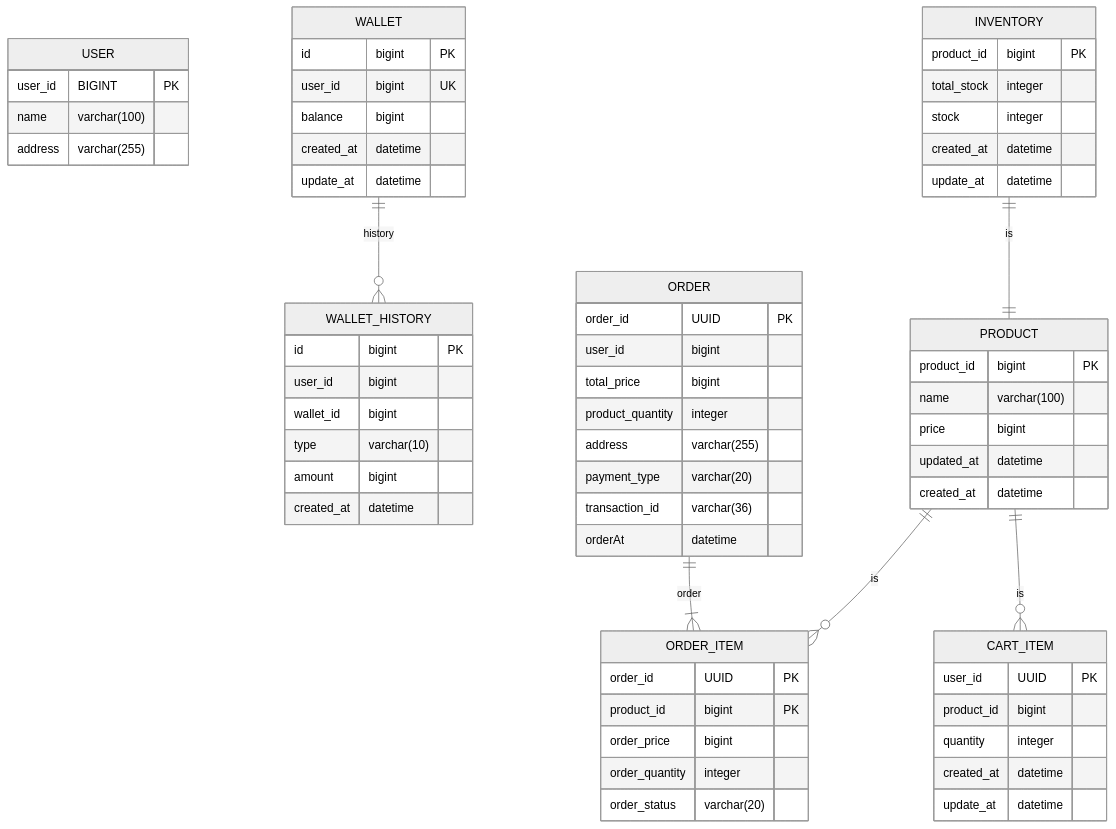
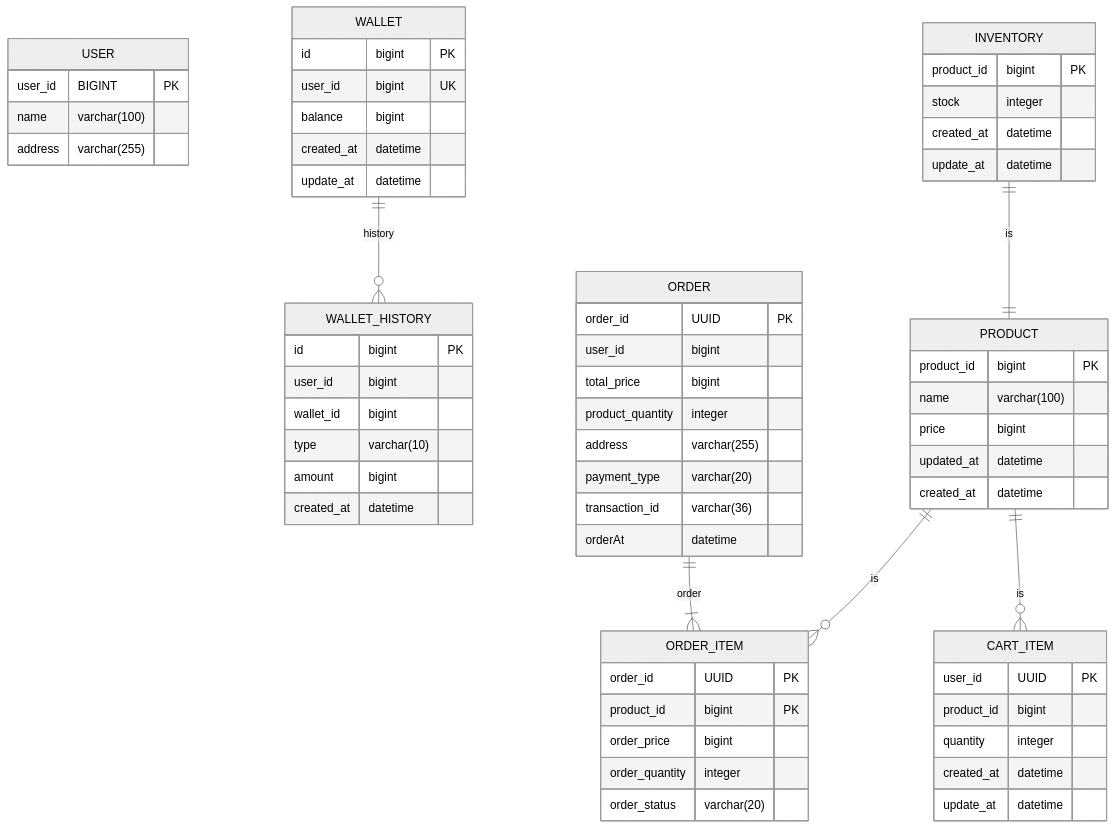
The first of 9 diagrams in README.md (keepbang/hanghae-ecommerce), drawn with Mermaid (neutral theme) before and after one commit.

````diff
--- a/README.md
+++ b/README.md
@@ -35,75 +35,74 @@
 ```mermaid
 erDiagram
 	USER {
 		user_id BIGINT PK
 		name varchar(100) 
 		address varchar(255)
 	}
 	
 	WALLET ||--O{ WALLET_HISTORY : history
 	WALLET {
 		id bigint PK
 		user_id bigint UK
 		balance bigint
 		created_at datetime
 		update_at datetime
 	}
 	
 	WALLET_HISTORY {
 		id bigint PK
 		user_id bigint
 		wallet_id bigint
 		type varchar(10)
 		amount bigint
 		created_at datetime
 	}
 	
 	ORDER ||--|{ORDER_ITEM : order
 	ORDER {
 		order_id UUID PK
 		user_id bigint
 		total_price bigint
 		product_quantity integer
 		address varchar(255)
 		payment_type varchar(20)
 		transaction_id varchar(36)
 		orderAt datetime
 	}
 	
 	PRODUCT ||--o{ ORDER_ITEM : is
 	ORDER_ITEM {
 		order_id UUID PK
 		product_id bigint PK
 		order_price bigint
 		order_quantity integer
 		order_status varchar(20)
 	}
 
 
 	INVENTORY ||--|| PRODUCT : is	
 	INVENTORY {
 		product_id bigint PK
-		total_stock integer
 		stock integer
 		created_at datetime
 		update_at datetime
 	}
 	
 	PRODUCT ||--o{ CART_ITEM : is
 	PRODUCT {
 		product_id bigint PK
 		name varchar(100)
 		price bigint
 		updated_at datetime
 		created_at datetime
 	}
 	
 	CART_ITEM {
 		user_id UUID PK
 		product_id bigint
 		quantity integer
 		created_at datetime
 		update_at datetime
 	}
 	
 ```
````
